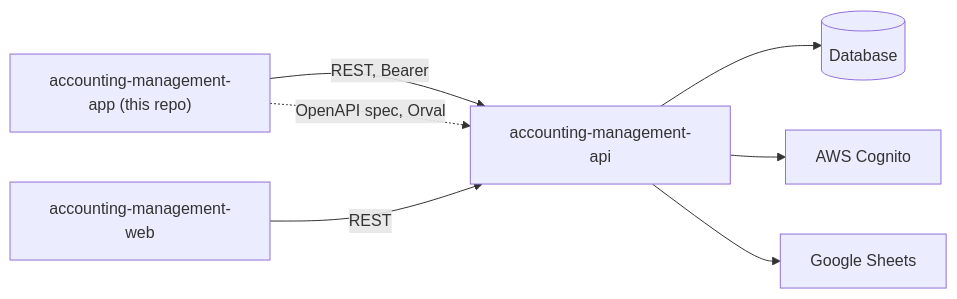
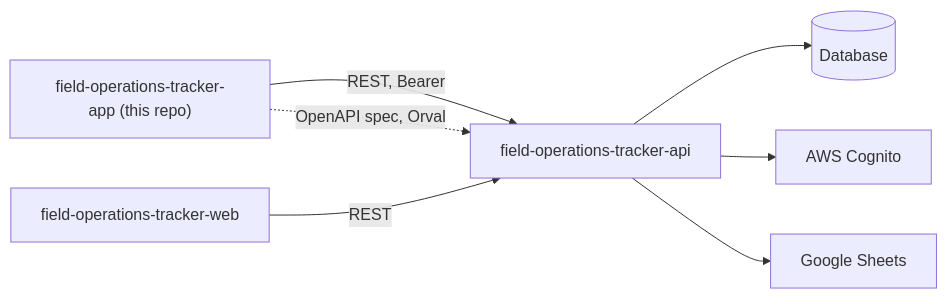
One commit to mkwitko/accounting-management-app changed the first of 2 diagrams in README.md. Above: the diagram before and after it, drawn with Mermaid. The commit also changed other lines of this file and 5 other files, not shown here.

Commit message:
chore: rename to field-operations-tracker-app and scrub organisation identifiers

````diff
--- a/README.md
+++ b/README.md
@@ -20,9 +20,9 @@
 ```mermaid
 flowchart LR
-  App["accounting-management-app (this repo)"] -->|"REST, Bearer"| API["accounting-management-api"]
-  Web["accounting-management-web"] -->|REST| API
+  App["field-operations-tracker-app (this repo)"] -->|"REST, Bearer"| API["field-operations-tracker-api"]
+  Web["field-operations-tracker-web"] -->|REST| API
   API --> DB[(Database)]
   API --> Cognito[AWS Cognito]
   API --> Sheets[Google Sheets]
   App -.->|"OpenAPI spec, Orval"| API
 ```
````
